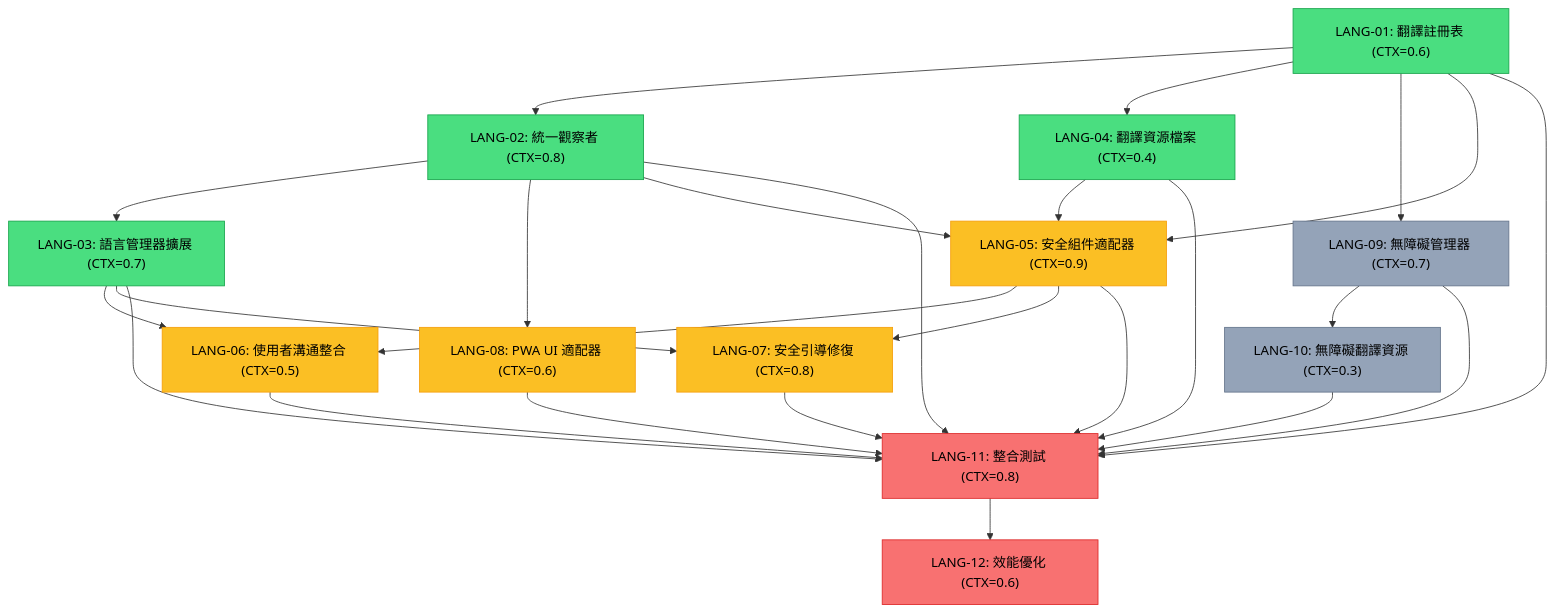
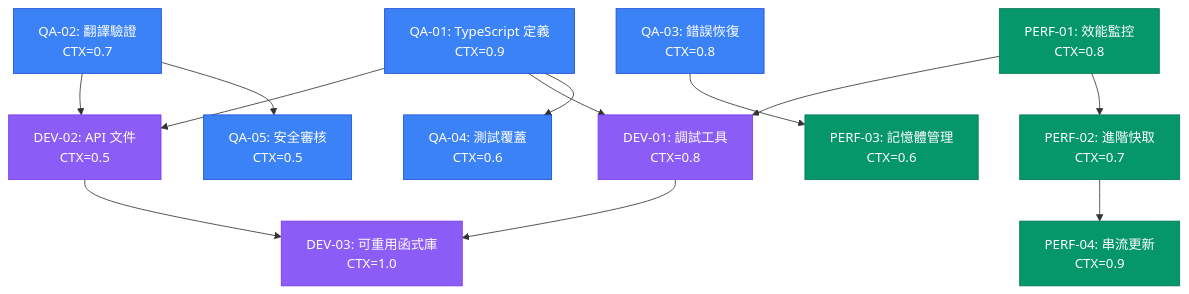
The diagram in docs/tasks.md (iim0663418/DB-Card), drawn with Mermaid before and after one commit. The commit also changed other lines of this file and 65 other files, not shown here.

````diff
--- a/docs/tasks.md
+++ b/docs/tasks.md
@@ -85,44 +77,39 @@
 ```mermaid
 graph TD
-    LANG-01["LANG-01: 翻譯註冊表 (CTX=0.6)"] --> LANG-02["LANG-02: 統一觀察者 (CTX=0.8)"]
-    LANG-01 --> LANG-04["LANG-04: 翻譯資源檔案 (CTX=0.4)"]
-    LANG-01 --> LANG-09["LANG-09: 無障礙管理器 (CTX=0.7)"]
+    QA01[QA-01: TypeScript 定義<br/>CTX=0.9] 
+    QA02[QA-02: 翻譯驗證<br/>CTX=0.7]
+    QA03[QA-03: 錯誤恢復<br/>CTX=0.8]
+    QA04[QA-04: 測試覆蓋<br/>CTX=0.6]
+    QA05[QA-05: 安全審核<br/>CTX=0.5]
     
-    LANG-02 --> LANG-03["LANG-03: 語言管理器擴展 (CTX=0.7)"]
-    LANG-02 --> LANG-08["LANG-08: PWA UI 適配器 (CTX=0.6)"]
+    PERF01[PERF-01: 效能監控<br/>CTX=0.8]
+    PERF02[PERF-02: 進階快取<br/>CTX=0.7]
+    PERF03[PERF-03: 記憶體管理<br/>CTX=0.6]
+    PERF04[PERF-04: 串流更新<br/>CTX=0.9]
     
-    LANG-01 --> LANG-05["LANG-05: 安全組件適配器 (CTX=0.9)"]
-    LANG-02 --> LANG-05
-    LANG-04 --> LANG-05
+    DEV01[DEV-01: 調試工具<br/>CTX=0.8]
+    DEV02[DEV-02: API 文件<br/>CTX=0.5]
+    DEV03[DEV-03: 可重用函式庫<br/>CTX=1.0]
     
-    LANG-03 --> LANG-06["LANG-06: 使用者溝通整合 (CTX=0.5)"]
-    LANG-05 --> LANG-06
+    QA01 --> QA04
+    QA02 --> QA05
+    QA03 --> PERF03
     
-    LANG-03 --> LANG-07["LANG-07: 安全引導修復 (CTX=0.8)"]
-    LANG-05 --> LANG-07
+    PERF01 --> PERF02
+    PERF02 --> PERF04
     
-    LANG-09 --> LANG-10["LANG-10: 無障礙翻譯資源 (CTX=0.3)"]
+    QA01 --> DEV01
+    PERF01 --> DEV01
+    QA01 --> DEV02
+    QA02 --> DEV02
+    DEV01 --> DEV03
+    DEV02 --> DEV03
     
-    LANG-01 --> LANG-11["LANG-11: 整合測試 (CTX=0.8)"]
-    LANG-02 --> LANG-11
-    LANG-03 --> LANG-11
-    LANG-04 --> LANG-11
-    LANG-05 --> LANG-11
-    LANG-06 --> LANG-11
-    LANG-07 --> LANG-11
-    LANG-08 --> LANG-11
-    LANG-09 --> LANG-11
-    LANG-10 --> LANG-11
+    classDef qa fill:#3b82f6,stroke:#1d4ed8,color:#fff
+    classDef perf fill:#059669,stroke:#047857,color:#fff  
+    classDef dev fill:#8b5cf6,stroke:#7c3aed,color:#fff
     
-    LANG-11 --> LANG-12["LANG-12: 效能優化 (CTX=0.6)"]
-    
-    classDef phase1 fill:#4ade80,stroke:#16a34a,color:#000
-    classDef phase2 fill:#fbbf24,stroke:#f59e0b,color:#000
-    classDef phase3 fill:#94a3b8,stroke:#64748b,color:#000
-    classDef phase4 fill:#f87171,stroke:#dc2626,color:#000
-    
-    class LANG-01,LANG-02,LANG-03,LANG-04 phase1
-    class LANG-05,LANG-06,LANG-07,LANG-08 phase2
-    class LANG-09,LANG-10 phase3
-    class LANG-11,LANG-12 phase4
+    class QA01,QA02,QA03,QA04,QA05 qa
+    class PERF01,PERF02,PERF03,PERF04 perf
+    class DEV01,DEV02,DEV03 dev
 ```
````
